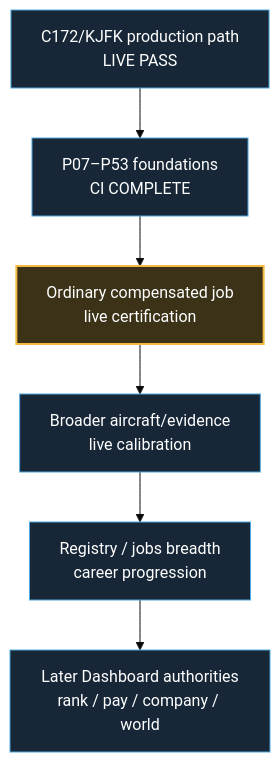
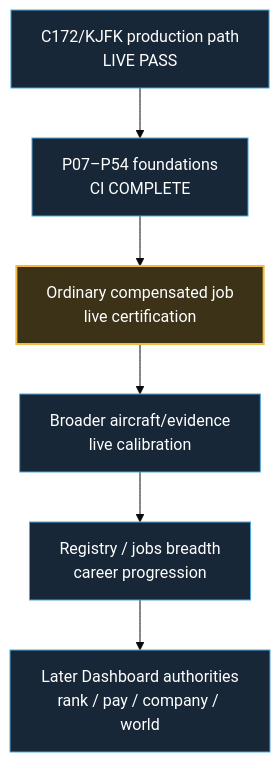
The second of 2 diagrams in docs/development-master-checklist.md (dhavalpddn-eng/OpenCareer), drawn with Mermaid (base theme) before and after one commit. The commit also changed other lines of this file and 2 other files, not shown here.

````diff
--- a/docs/development-master-checklist.md
+++ b/docs/development-master-checklist.md
@@ -54,13 +54,13 @@
 ```mermaid
 flowchart TD
-    A["C172/KJFK production path<br/>LIVE PASS"] --> B["P07–P53 foundations<br/>CI COMPLETE"]
+    A["C172/KJFK production path<br/>LIVE PASS"] --> B["P07–P54 foundations<br/>CI COMPLETE"]
     B --> C["Ordinary compensated job<br/>live certification"]
     C --> D["Broader aircraft/evidence<br/>live calibration"]
     D --> E["Registry / jobs breadth<br/>career progression"]
     E --> F["Later Dashboard authorities<br/>rank / pay / company / world"]
 
     classDef next fill:#3b3218,stroke:#F4B942,color:#fff,stroke-width:2px;
     classDef future fill:#172737,stroke:#4EA8DE,color:#fff,stroke-width:1px;
     class C next;
     class A,B,D,E,F future;
 ```
````
